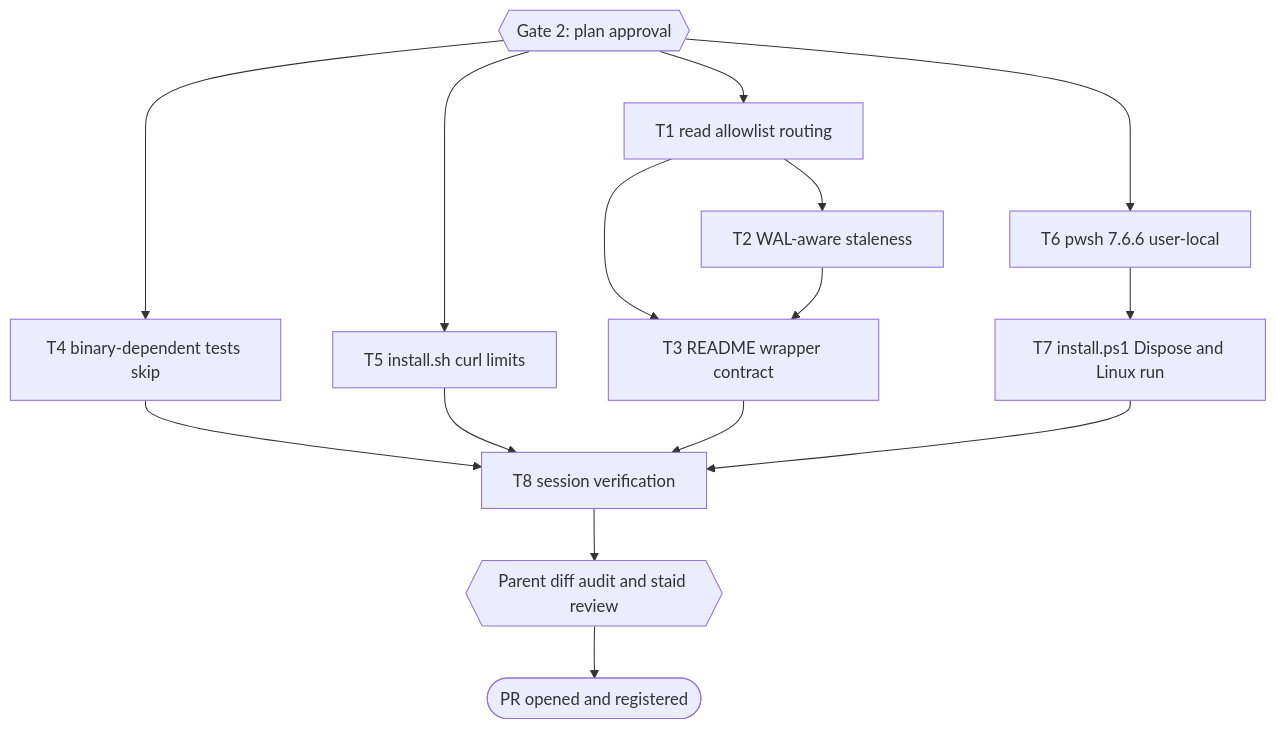
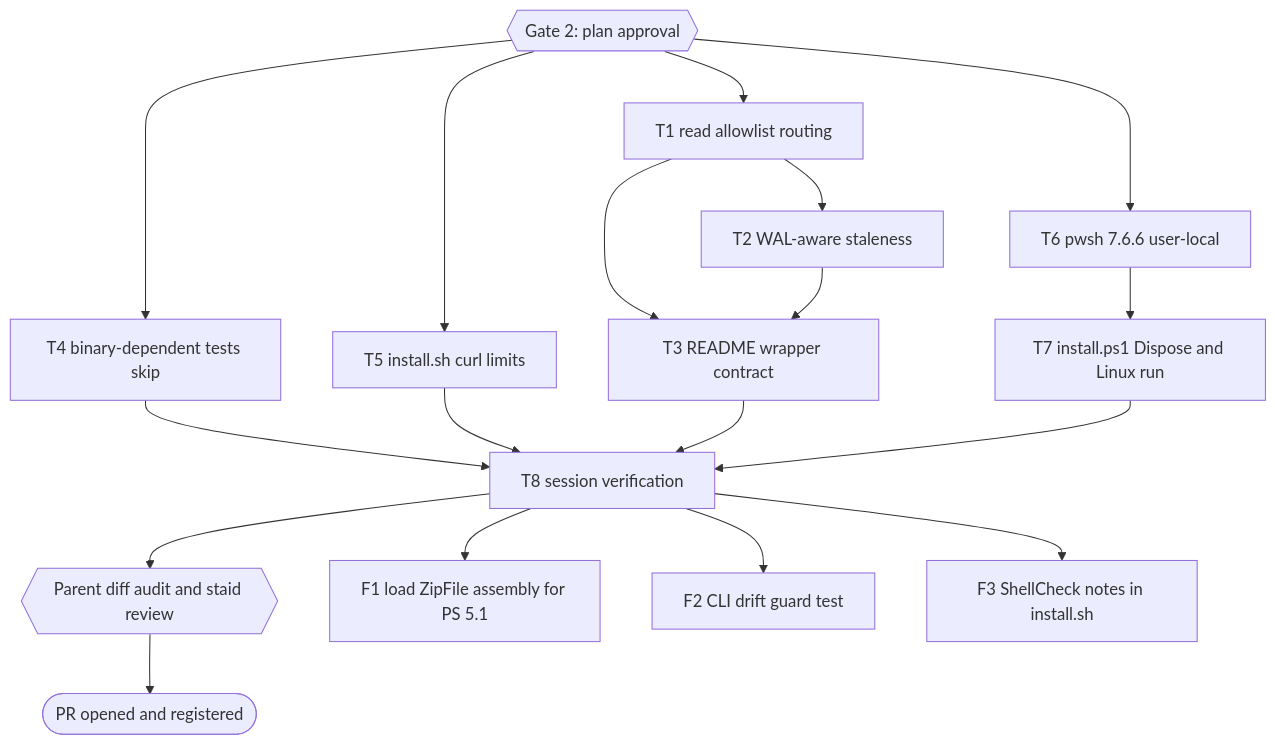
One commit to belajarcarabelajar/snipset-cli changed the diagram in docs/code-plan/plans/2026-10-12-snipset-cli-stability-hardening.md. Above: the diagram before and after it, drawn with Mermaid. The commit also changed other lines of this file and 5 other files, not shown here.

````diff
--- a/docs/code-plan/plans/2026-10-12-snipset-cli-stability-hardening.md
+++ b/docs/code-plan/plans/2026-10-12-snipset-cli-stability-hardening.md
@@ -182,19 +225,22 @@
 ```mermaid
 flowchart TD
     accTitle: Stability hardening task graph
     accDescr: After plan approval, three independent lanes run: the wrapper lane (routing, then staleness, then docs), the test-skip lane, and the installer lanes for install.sh and for install.ps1 after PowerShell is installed. All lanes join at session verification before delivery.
     G2{{"Gate 2: plan approval"}} --> T1
     G2 --> T4
     G2 --> T5
     G2 --> T6
     T1["T1 read allowlist routing"] --> T2["T2 WAL-aware staleness"]
     T1 --> T3["T3 README wrapper contract"]
     T2 --> T3
     T4["T4 binary-dependent tests skip"] --> T8
     T5["T5 install.sh curl limits"] --> T8
     T6["T6 pwsh 7.6.6 user-local"] --> T7["T7 install.ps1 Dispose and Linux run"]
     T3 --> T8["T8 session verification"]
     T7 --> T8
     T8 --> Review{{"Parent diff audit and staid review"}}
     Review --> Deliver(["PR opened and registered"])
+    T8 --> F1["F1 load ZipFile assembly for PS 5.1"]
+    T8 --> F2["F2 CLI drift guard test"]
+    T8 --> F3["F3 ShellCheck notes in install.sh"]
 ```
````
